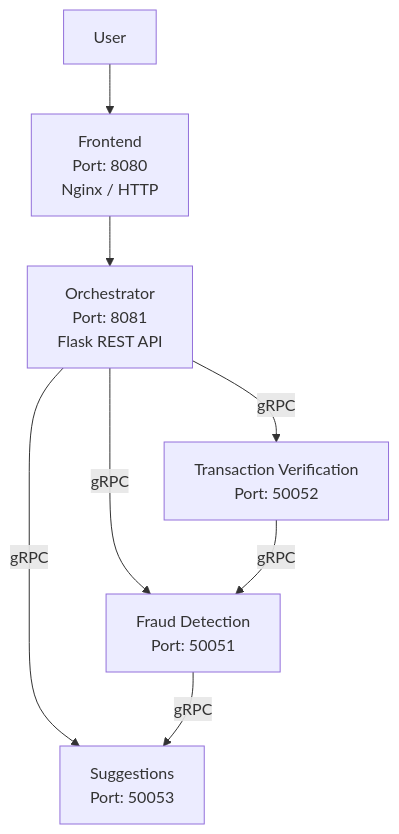
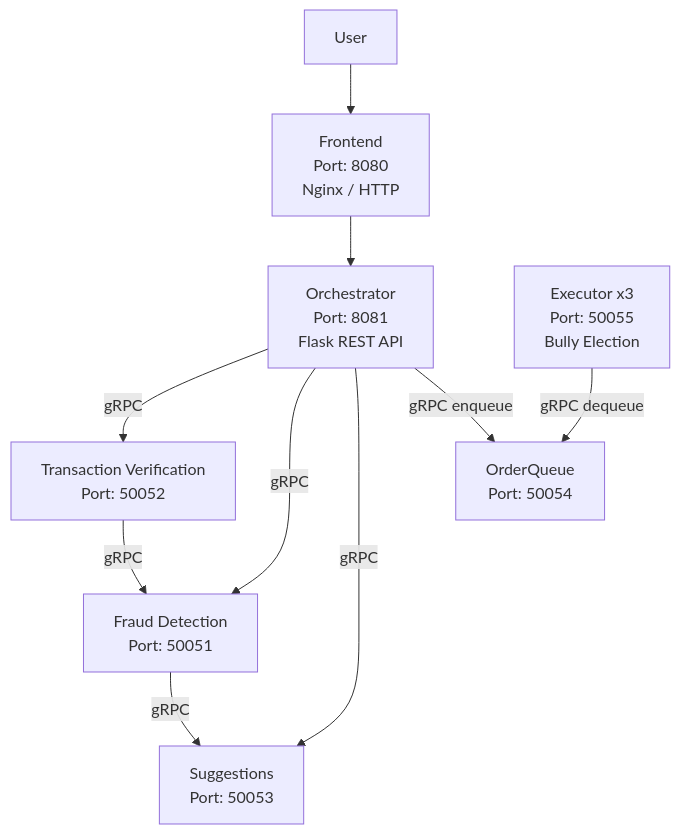
The first of 2 diagrams in README.md (renanmorais27/ds-practice-2025), drawn with Mermaid before and after one commit. The commit also changed other lines of this file, not shown here.

First line of the commit message:
docs: update README with OrderQueue and Executor services

````diff
--- a/README.md
+++ b/README.md
@@ -9,10 +9,12 @@
 ```mermaid
 graph TD
     A[User] --> B[Frontend<br/>Port: 8080<br/>Nginx / HTTP]
     B --> C[Orchestrator<br/>Port: 8081<br/>Flask REST API]
     C -->|gRPC| D[Transaction Verification<br/>Port: 50052]
     C -->|gRPC| E[Fraud Detection<br/>Port: 50051]
     C -->|gRPC| F[Suggestions<br/>Port: 50053]
     D -->|gRPC| E
     E -->|gRPC| F
+    C -->|gRPC enqueue| G[OrderQueue<br/>Port: 50054]
+    H[Executor x3<br/>Port: 50055<br/>Bully Election] -->|gRPC dequeue| G
 ```
````
